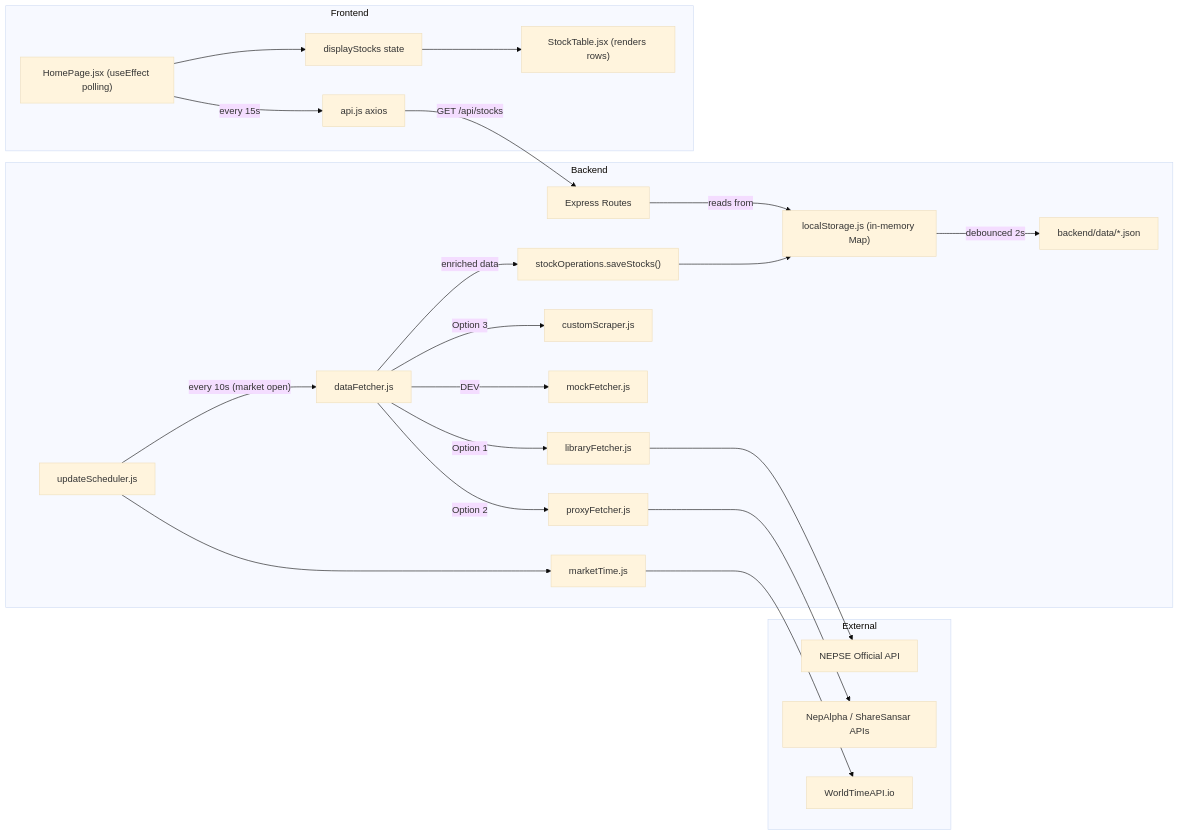
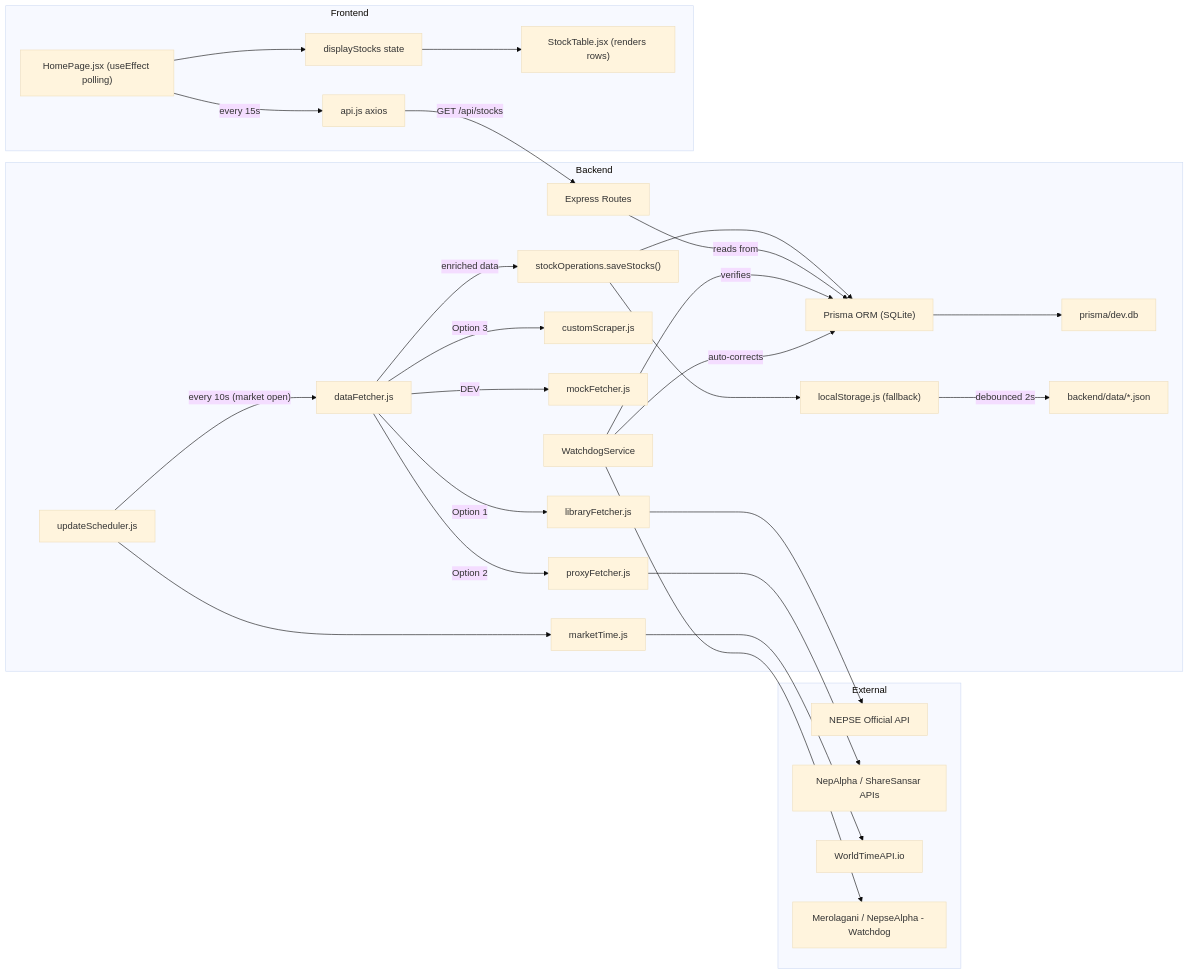
One commit to Rojan248/nepse-stock-website changed the diagram in ARCHITECTURE.md. Above: the diagram before and after it, drawn with Mermaid (base theme). The commit also changed other lines of this file and 16 other files, not shown here.

Commit message:
Cleanup and Optimization: Remove Cloudflare, optimize scraper, stop tracking dev.db and dynamic json

````diff
--- a/ARCHITECTURE.md
+++ b/ARCHITECTURE.md
@@ -131,35 +150,43 @@
 ```mermaid
 flowchart LR
     subgraph External
         A[NEPSE Official API]
         B[NepAlpha / ShareSansar APIs]
         C[WorldTimeAPI.io]
+        D[Merolagani / NepseAlpha - Watchdog]
     end
 
     subgraph Backend
-        D[updateScheduler.js] -->|"every 10s (market open)"| E[dataFetcher.js]
-        E -->|"Option 1"| F[libraryFetcher.js]
-        E -->|"Option 2"| G[proxyFetcher.js]
-        E -->|"Option 3"| H[customScraper.js]
-        E -->|"DEV"| I[mockFetcher.js]
+        E[updateScheduler.js] -->|"every 10s (market open)"| F[dataFetcher.js]
+        F -->|"Option 1"| G[libraryFetcher.js]
+        F -->|"Option 2"| H[proxyFetcher.js]
+        F -->|"Option 3"| I[customScraper.js]
+        F -->|"DEV"| J[mockFetcher.js]
 
-        F --> A
-        G --> B
+        G --> A
+        H --> B
 
-        E -->|enriched data| J["stockOperations.saveStocks()"]
-        J --> K["localStorage.js (in-memory Map)"]
-        K -->|"debounced 2s"| L["backend/data/*.json"]
+        F -->|enriched data| K["stockOperations.saveStocks()"]
+        K --> L["Prisma ORM (SQLite)"]
+        L --> M["prisma/dev.db"]
 
-        D --> M[marketTime.js]
-        M --> C
+        K --> N["localStorage.js (fallback)"]
+        N -->|"debounced 2s"| O["backend/data/*.json"]
 
-        N[Express Routes] -->|"reads from"| K
+        E --> P[marketTime.js]
+        P --> C
+
+        Q[Express Routes] -->|"reads from"| L
+        
+        R[WatchdogService] -->|"verifies"| L
+        R --> D
+        R -->|"auto-corrects"| L
     end
 
     subgraph Frontend
-        O[api.js axios] -->|"GET /api/stocks"| N
-        P["HomePage.jsx (useEffect polling)"] -->|"every 15s"| O
-        P --> Q[displayStocks state]
-        Q --> R["StockTable.jsx (renders rows)"]
+        S[api.js axios] -->|"GET /api/stocks"| Q
+        T["HomePage.jsx (useEffect polling)"] -->|"every 15s"| S
+        T --> U[displayStocks state]
+        U --> V["StockTable.jsx (renders rows)"]
     end
 ```
````
